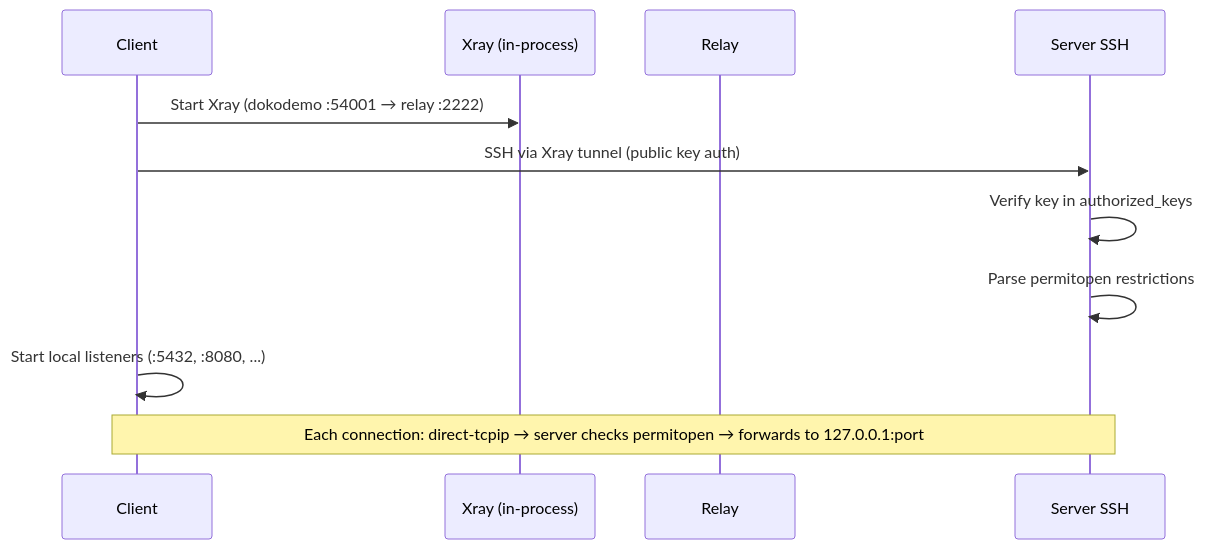
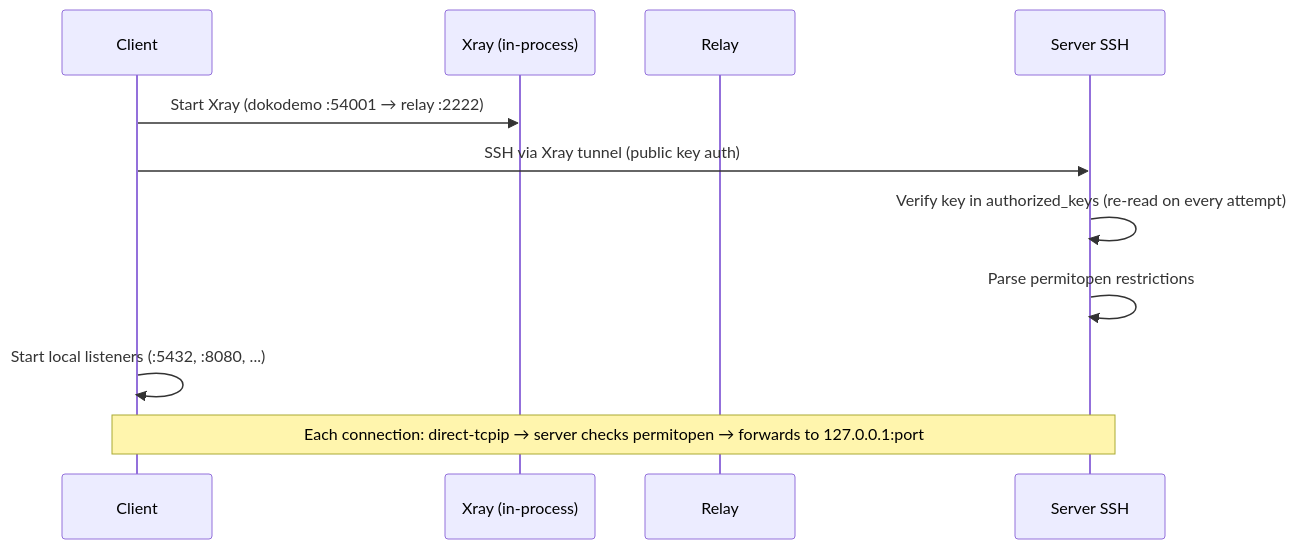
One commit to alicommit-malp/Tunnel-Whisperer changed the fifth of 5 diagrams in docs/architecture/tw-arch-arc42.md. Above: the diagram before and after it, drawn with Mermaid. The commit also changed other lines of this file, not shown here.

````diff
--- a/docs/architecture/tw-arch-arc42.md
+++ b/docs/architecture/tw-arch-arc42.md
@@ -241,14 +289,14 @@
 ```mermaid
 sequenceDiagram
     participant CL as Client
     participant X as Xray (in-process)
     participant R as Relay
     participant S as Server SSH
 
     CL ->> X: Start Xray (dokodemo :54001 → relay :2222)
     CL ->> S: SSH via Xray tunnel (public key auth)
-    S ->> S: Verify key in authorized_keys
+    S ->> S: Verify key in authorized_keys (re-read on every attempt)
     S ->> S: Parse permitopen restrictions
     CL ->> CL: Start local listeners (:5432, :8080, ...)
     Note over CL,S: Each connection: direct-tcpip → server checks permitopen → forwards to 127.0.0.1:port
 ```
````
